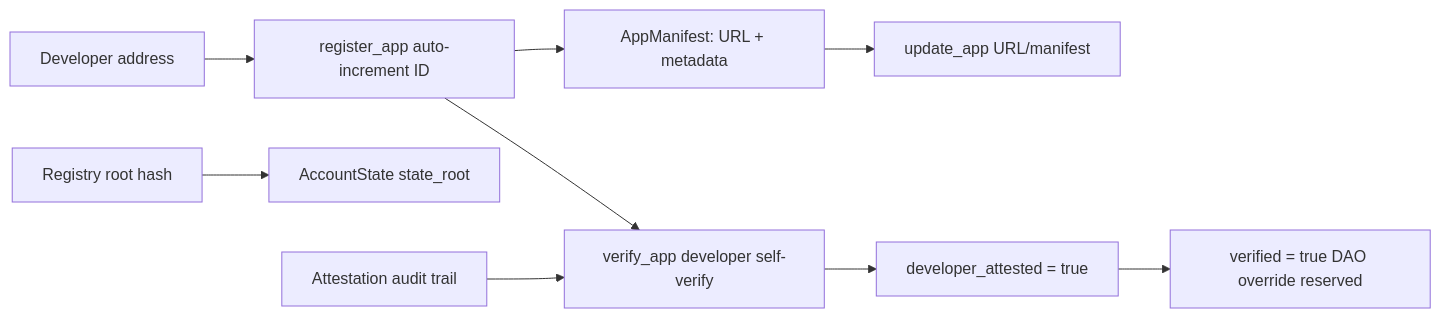
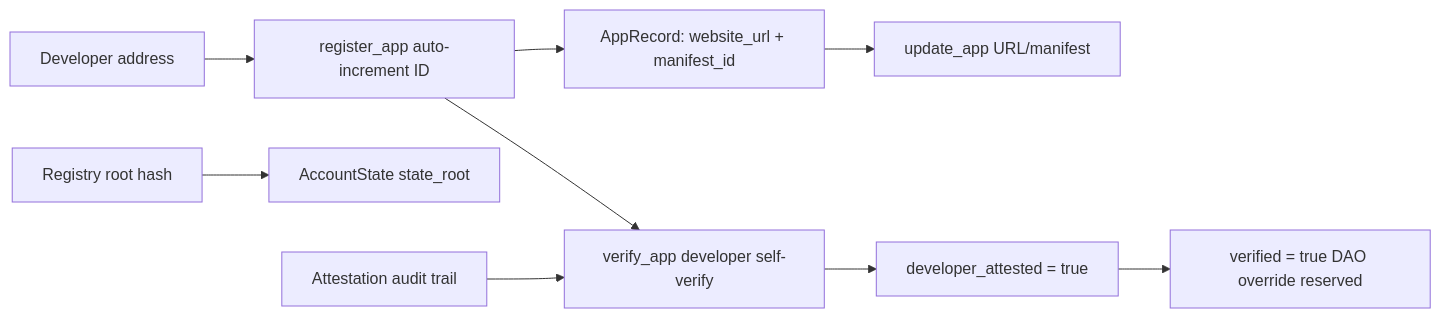
Diagram 41 of 57 in docs/ARCHITECTURE.md (budlum-xyz/budlum), drawn with Mermaid before and after one commit. The commit also changed other lines of this file and 315 other files, not shown here.

````diff
--- a/docs/ARCHITECTURE.md
+++ b/docs/ARCHITECTURE.md
@@ -1252,11 +1336,11 @@
 ```mermaid
 flowchart LR
   Developer[Developer address] --> Register[register_app auto-increment ID]
-  Register --> Manifest["AppManifest: URL + metadata"]
-  Manifest --> Update[update_app URL/manifest]
+  Register --> Record["AppRecord: website_url + manifest_id"]
+  Record --> Update[update_app URL/manifest]
   Register --> SelfVerify[verify_app developer self-verify]
   SelfVerify --> Attested[developer_attested = true]
   Attested --> Verified[verified = true DAO override reserved]
   Root[Registry root hash] --> StateRoot[AccountState state_root]
   Audit[Attestation audit trail] --> SelfVerify
 ```
````
